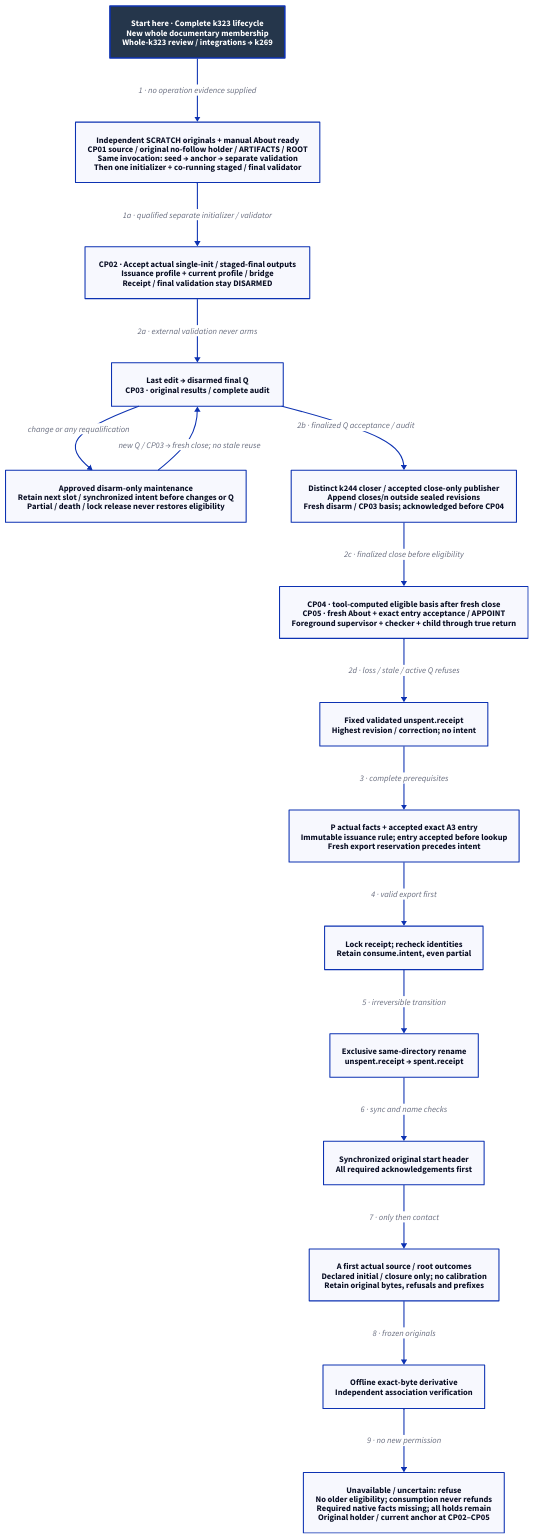
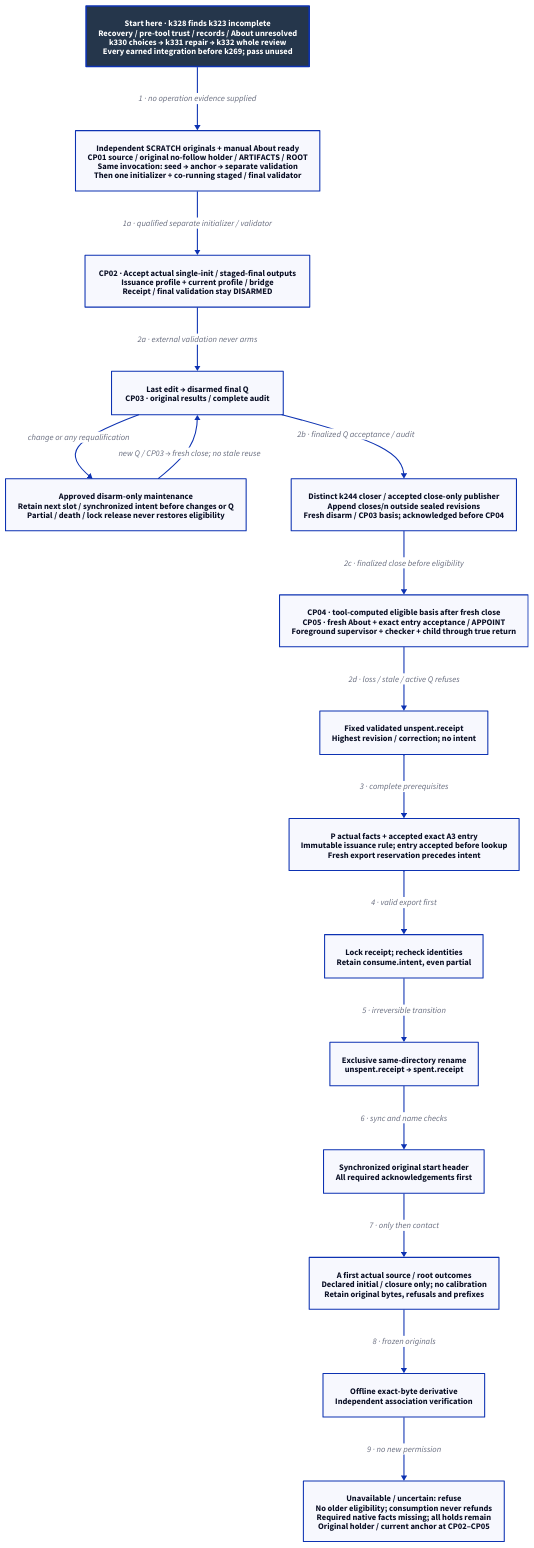
One commit to Linkuistics/Koine changed the diagram in docs/design/architecture/native-reference-admission.d2. Above: the diagram before and after it, drawn with D2. The commit also changed 50 other files, not shown here.

Commit message:
Integrate practical admission review; place recovery decisions and whole replacement before construction (reference-evidence-practical-admission-k329)

```diff
--- a/docs/design/architecture/native-reference-admission.d2
+++ b/docs/design/architecture/native-reference-admission.d2
@@ -1,35 +1,35 @@
-# Proposed lifecycle; complete contract is normative and qualification remains due.
+# Reviewed k323 proposal; k330/k331/k332 replacement and integrations precede k269.
 direction: down
 classes: {
   start: {style: {fill: "#25364B"; font-color: "#FFFFFF"; bold: true; stroke-width: 3}}
 }
-Start: "Start here · Complete k323 lifecycle\nNew whole documentary membership\nWhole-k323 review / integrations → k269" {class: start}
+Start: "Start here · k328 finds k323 incomplete\nRecovery / pre-tool trust / records / About unresolved\nk330 choices → k331 repair → k332 whole review\nEvery earned integration before k269; pass unused" {class: start}
 Qualify: "Independent SCRATCH originals + manual About ready\nCP01 source / original no-follow holder / ARTIFACTS / ROOT\nSame invocation: seed → anchor → separate validation\nThen one initializer + co-running staged / final validator"
 Provision: "CP02 · Accept actual single-init / staged-final outputs\nIssuance profile + current profile / bridge\nReceipt / final validation stay DISARMED"
 Final: "Last edit → disarmed final Q\nCP03 · original results / complete audit"
 Release: "CP04 · tool-computed eligible basis after fresh close\nCP05 · fresh About + exact entry acceptance / APPOINT\nForeground supervisor + checker + child through true return"
 Ready: "Fixed validated unspent.receipt\nHighest revision / correction; no intent"
 Export: "P actual facts + accepted exact A3 entry\nImmutable issuance rule; entry accepted before lookup\nFresh export reservation precedes intent"
 Intent: "Lock receipt; recheck identities\nRetain consume.intent, even partial"
 Spent: "Exclusive same-directory rename\nunspent.receipt → spent.receipt"
 Original: "Synchronized original start header\nAll required acknowledgements first"
 Capture: "A first actual source / root outcomes\nDeclared initial / closure only; no calibration\nRetain original bytes, refusals and prefixes"
 Derivative: "Offline exact-byte derivative\nIndependent association verification"
 Limit: "Unavailable / uncertain: refuse\nNo older eligibility; consumption never refunds\nRequired native facts missing; all holds remain\nOriginal holder / current anchor at CP02–CP05"
 Maintenance: "Approved disarm-only maintenance\nRetain next slot / synchronized intent before changes or Q\nPartial / death / lock release never restores eligibility"
 Start -> Qualify: "1 · no operation evidence supplied"
 Qualify -> Provision: "1a · qualified separate initializer / validator"
 Provision -> Final: "2a · external validation never arms"
 Close: "Distinct k244 closer / accepted close-only publisher\nAppend closes/n outside sealed revisions\nFresh disarm / CP03 basis; acknowledged before CP04"
 Final -> Close: "2b · finalized Q acceptance / audit"
 Close -> Release: "2c · finalized close before eligibility"
 Final -> Maintenance: "change or any requalification"
 Maintenance -> Final: "new Q / CP03 → fresh close; no stale reuse"
 Release -> Ready: "2d · loss / stale / active Q refuses"
 Ready -> Export: "3 · complete prerequisites"
 Export -> Intent: "4 · valid export first"
 Intent -> Spent: "5 · irreversible transition"
 Spent -> Original: "6 · sync and name checks"
 Original -> Capture: "7 · only then contact"
 Capture -> Derivative: "8 · frozen originals"
 Derivative -> Limit: "9 · no new permission"
```
